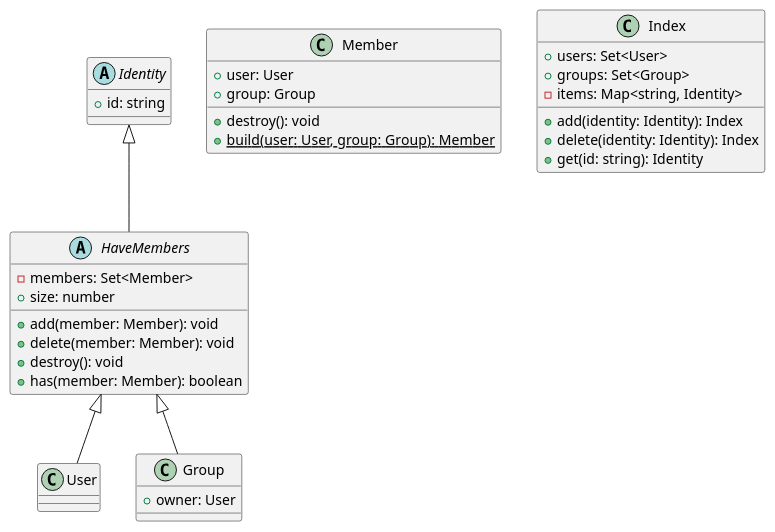
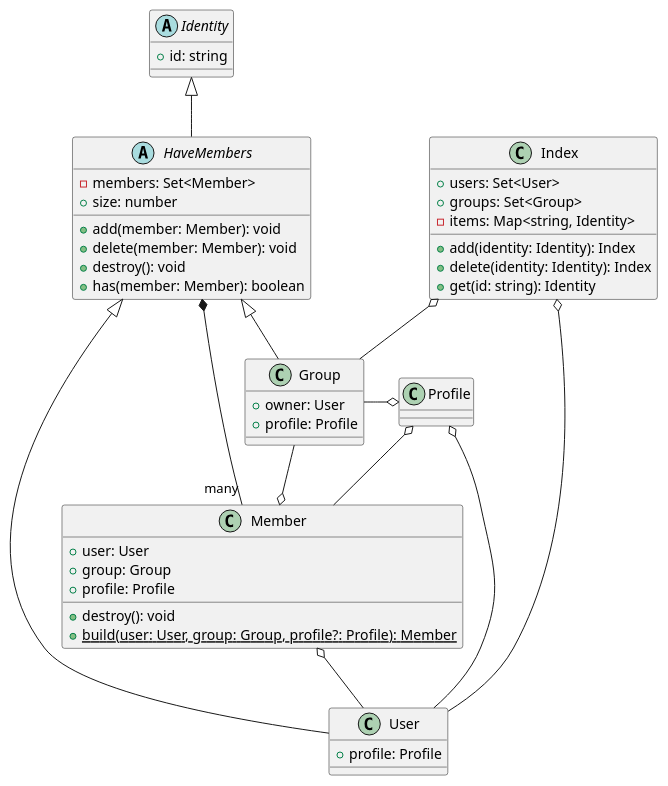
One commit to Eldynn/index changed the diagram in docs/index.puml. Above: the diagram before and after it, drawn with PlantUML.

Commit message:
Update class diagram

```diff
--- a/docs/index.puml
+++ b/docs/index.puml
@@ -1,32 +1,46 @@
 @startuml
+class Profile {
+}
 class User extends HaveMembers {
+    +profile: Profile
 }
 class Member {
     +user: User
     +group: Group
+    +profile: Profile
     +destroy(): void
-    +{static} build(user: User, group: Group): Member
+    +{static} build(user: User, group: Group, profile?: Profile): Member
 }
 abstract class Identity {
     +id: string
 }
 abstract class HaveMembers extends Identity {
     -members: Set<Member>
     +add(member: Member): void
     +delete(member: Member): void
     +destroy(): void
     +size: number
     +has(member: Member): boolean
 }
 class Group extends HaveMembers {
     +owner: User
+    +profile: Profile
 }
 class Index {
     +users: Set<User>
     +groups: Set<Group>
     -items: Map<string, Identity>
     +add(identity: Identity): Index
     +delete(identity: Identity): Index
     +get(id: string): Identity
 }
+
+Index o-- User
+Index o-- Group
+Member o-- Group
+Member o-- User
+HaveMembers *-- "many" Member
+Profile o---l User
+Profile o---l Group
+Profile o-- Member
 @enduml
```
